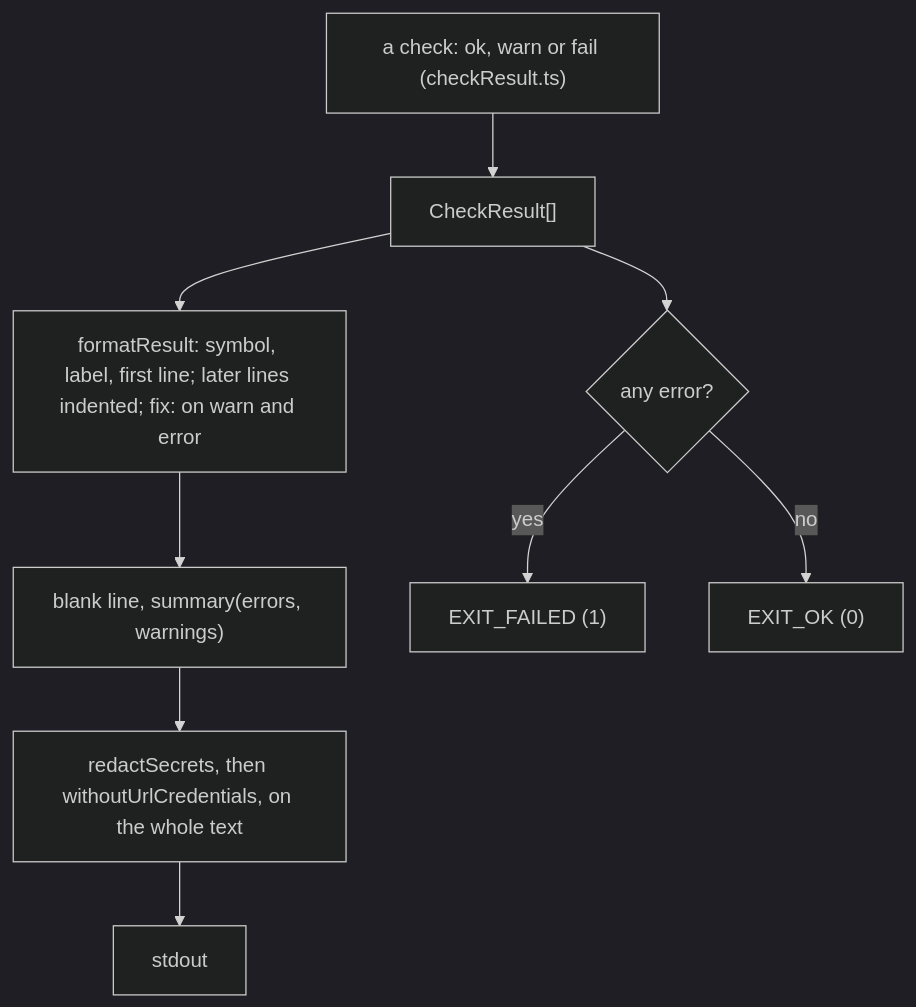
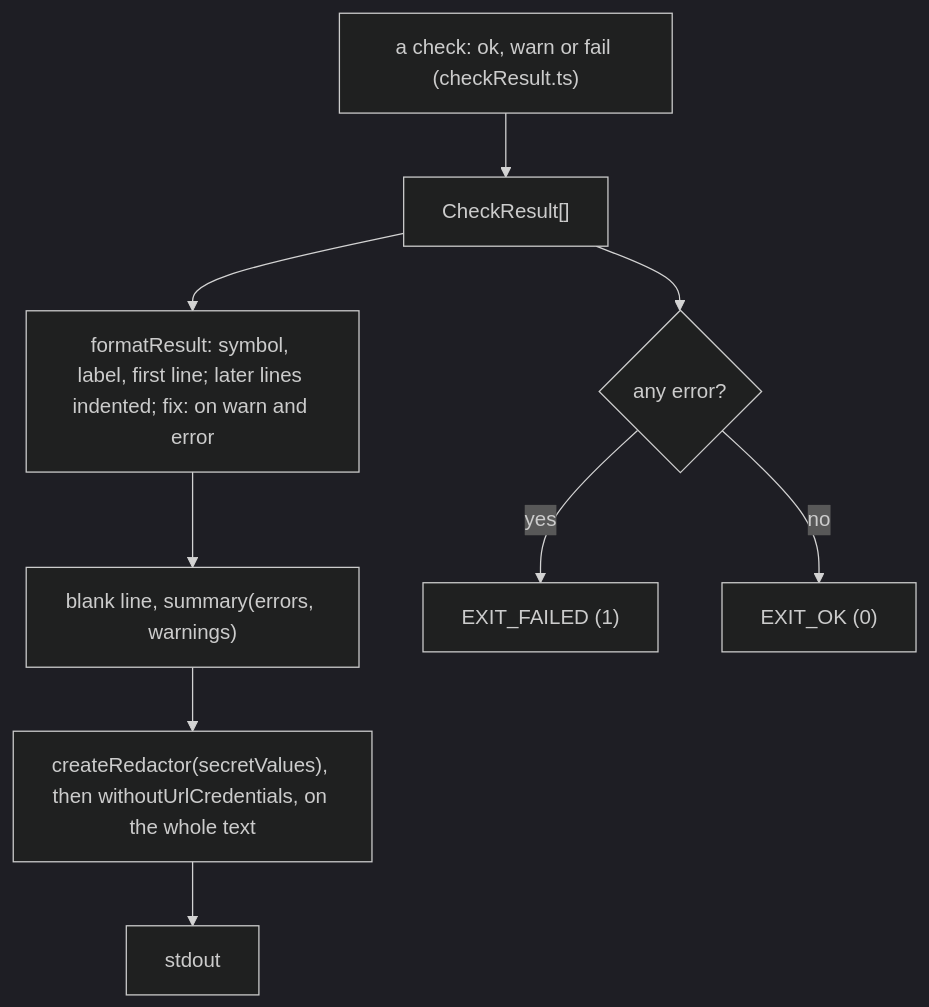
The diagram in src/cli/doctor/report/CLAUDE.md (odere-pro/weekly-engineering-digest-agent), drawn with Mermaid (dark theme) before and after one commit. The commit also changed other lines of this file and 19 other files, not shown here.

First line of the commit message:
fix(security): redact the OLLAMA_URL password in run, fetch and doctor

````diff
--- a/src/cli/doctor/report/CLAUDE.md
+++ b/src/cli/doctor/report/CLAUDE.md
@@ -9,11 +9,11 @@
 ```mermaid
 flowchart TD
   check["a check: ok, warn or fail (checkResult.ts)"] --> list["CheckResult[]"]
   list --> fmt["formatResult: symbol, label, first line; later lines indented; fix: on warn and error"]
   fmt --> sum["blank line, summary(errors, warnings)"]
-  sum --> clean["redactSecrets, then withoutUrlCredentials, on the whole text"]
+  sum --> clean["createRedactor(secretValues), then withoutUrlCredentials, on the whole text"]
   clean --> out["stdout"]
   list --> code{"any error?"}
   code -->|yes| failed["EXIT_FAILED (1)"]
   code -->|no| good["EXIT_OK (0)"]
 ```
````
